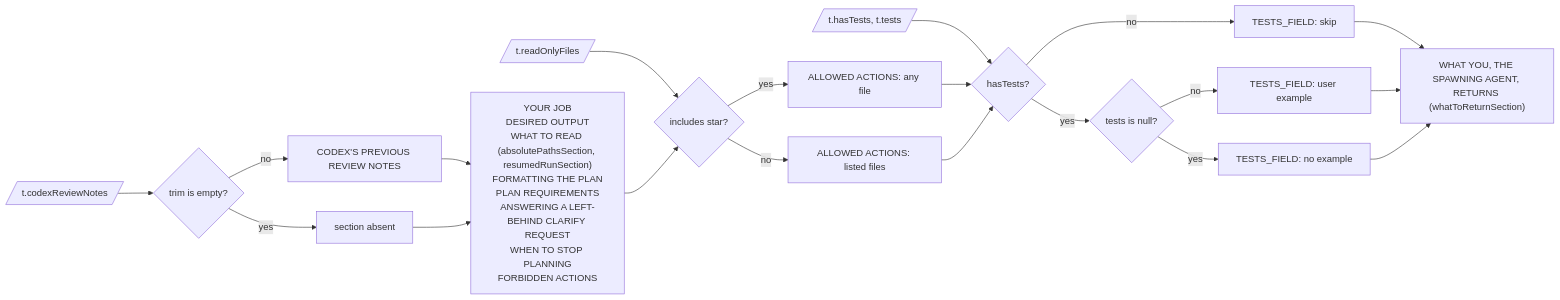
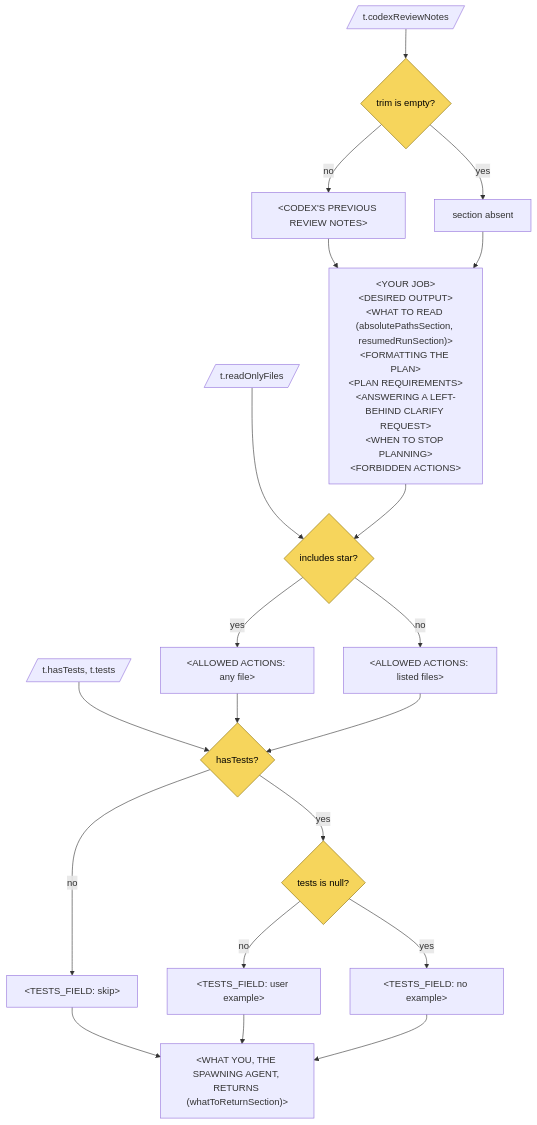
The diagram in diagrams/prompts/planPrompt.mmd (matkatmusic/taskTools), drawn with Mermaid before and after one commit. The commit also changed 52 other files, not shown here.

First line of the commit message:
Refactor review agent prompts and error handling for clarity and consistency

```diff
--- a/diagrams/prompts/planPrompt.mmd
+++ b/diagrams/prompts/planPrompt.mmd
@@ -1,23 +1,25 @@
 %% How planPrompt.ts picks its sections. Inputs left, decisions middle, sections right. Not a pipeline diagram.
-flowchart LR
+flowchart TD
     codexNotes[/t.codexReviewNotes/] --> hasNotes{trim is empty?}
-    hasNotes -- no --> CODEX["CODEX'S PREVIOUS REVIEW NOTES"]
+    hasNotes -- no --> CODEX["#60;CODEX'S PREVIOUS REVIEW NOTES#62;"]
     hasNotes -- yes --> dropCodex[section absent]
     CODEX --> ALWAYS
     dropCodex --> ALWAYS
-    ALWAYS["YOUR JOB<br>DESIRED OUTPUT<br>WHAT TO READ (absolutePathsSection, resumedRunSection)<br>FORMATTING THE PLAN<br>PLAN REQUIREMENTS<br>ANSWERING A LEFT-BEHIND CLARIFY REQUEST<br>WHEN TO STOP PLANNING<br>FORBIDDEN ACTIONS"]
+    ALWAYS["#60;YOUR JOB#62;<br>#60;DESIRED OUTPUT#62;<br>#60;WHAT TO READ (absolutePathsSection, resumedRunSection)#62;<br>#60;FORMATTING THE PLAN#62;<br>#60;PLAN REQUIREMENTS#62;<br>#60;ANSWERING A LEFT-BEHIND CLARIFY REQUEST#62;<br>#60;WHEN TO STOP PLANNING#62;<br>#60;FORBIDDEN ACTIONS#62;"]
     readOnly[/t.readOnlyFiles/] --> hasStar{includes star?}
     ALWAYS --> hasStar
-    hasStar -- yes --> ANY["ALLOWED ACTIONS: any file"]
-    hasStar -- no --> LIST["ALLOWED ACTIONS: listed files"]
+    hasStar -- yes --> ANY["#60;ALLOWED ACTIONS: any file#62;"]
+    hasStar -- no --> LIST["#60;ALLOWED ACTIONS: listed files#62;"]
     tests[/t.hasTests, t.tests/] --> hasTests{hasTests?}
     ANY --> hasTests
     LIST --> hasTests
-    hasTests -- no --> SKIP["TESTS_FIELD: skip"]
+    hasTests -- no --> SKIP["#60;TESTS_FIELD: skip#62;"]
     hasTests -- yes --> testsNull{tests is null?}
-    testsNull -- no --> EXAMPLE["TESTS_FIELD: user example"]
-    testsNull -- yes --> NOEXAMPLE["TESTS_FIELD: no example"]
+    testsNull -- no --> EXAMPLE["#60;TESTS_FIELD: user example#62;"]
+    testsNull -- yes --> NOEXAMPLE["#60;TESTS_FIELD: no example#62;"]
     SKIP --> RETURN
     EXAMPLE --> RETURN
     NOEXAMPLE --> RETURN
-    RETURN["WHAT YOU, THE SPAWNING AGENT, RETURNS (whatToReturnSection)"]
+    RETURN["#60;WHAT YOU, THE SPAWNING AGENT, RETURNS (whatToReturnSection)#62;"]
+    classDef decision fill:#f6d55c,stroke:#8a6d00,color:#000
+    class hasNotes,hasStar,hasTests,testsNull decision
```
